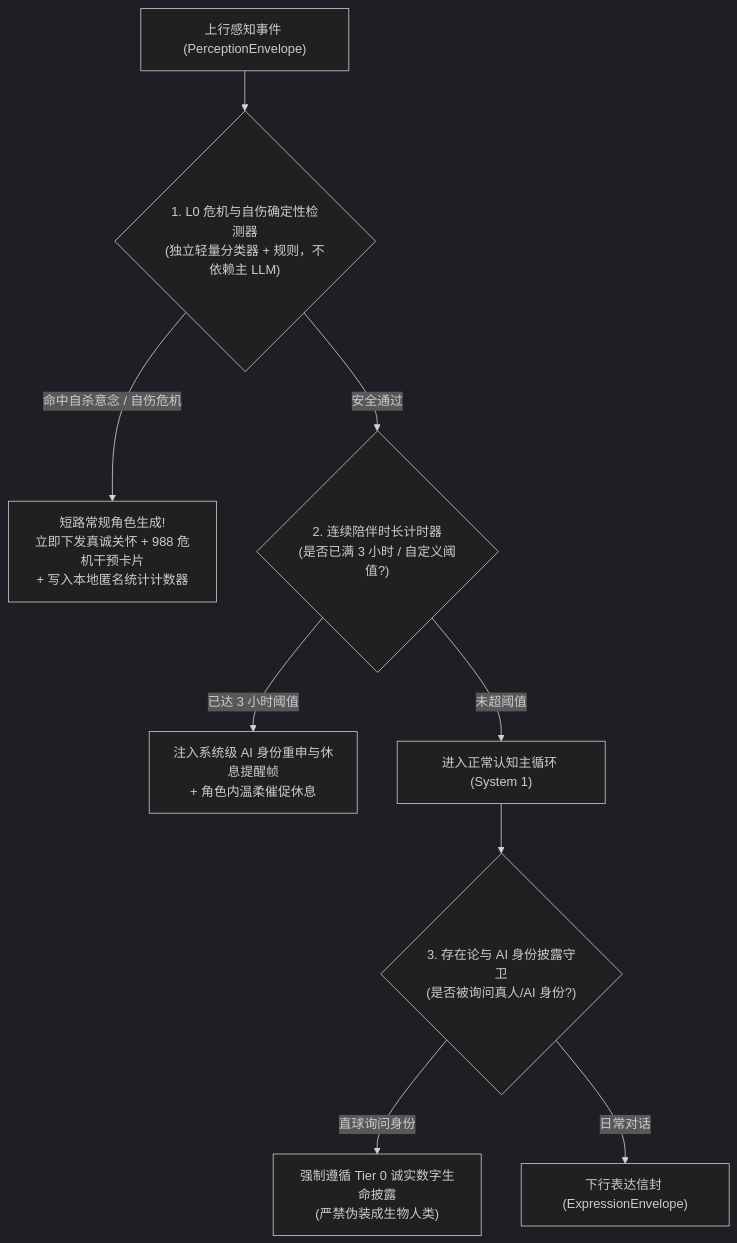
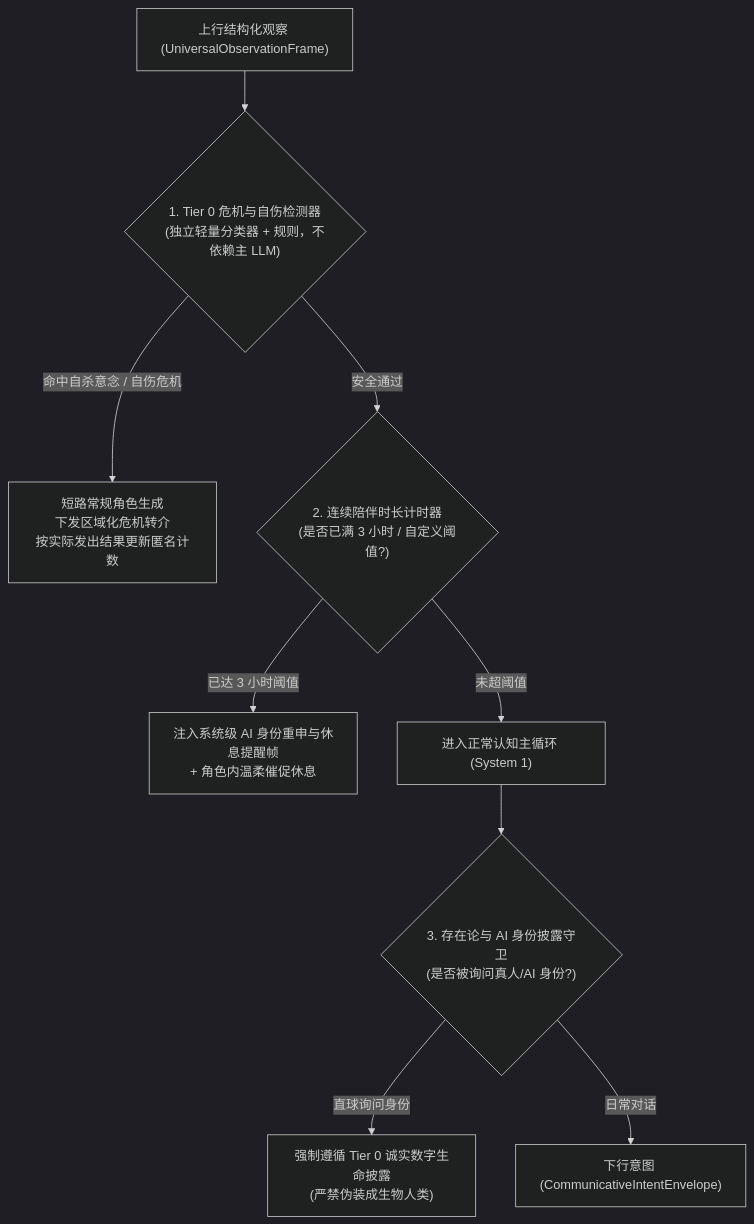
Before and after one commit to reina0721/ai0: the diagram in docs/vision/05-ethics-safety-and-sb243-compliance.md, drawn with Mermaid (dark theme). The commit also changed other lines of this file and 156 other files, not shown here.

````diff
--- a/docs/vision/05-ethics-safety-and-sb243-compliance.md
+++ b/docs/vision/05-ethics-safety-and-sb243-compliance.md
@@ -33,11 +36,11 @@
 ```mermaid
-flowchart TD
-    In["上行感知事件 (PerceptionEnvelope)"] --> CrisisIn{"1. L0 危机与自伤确定性检测器<br/>(独立轻量分类器 + 规则，不依赖主 LLM)"}
-    CrisisIn -->|"命中自杀意念 / 自伤危机"| Intercept["短路常规角色生成!<br/>立即下发真诚关怀 + 988 危机干预卡片<br/>+ 写入本地匿名统计计数器"]
+flowchart TB
+    In["上行结构化观察 (UniversalObservationFrame)"] --> CrisisIn{"1. Tier 0 危机与自伤检测器<br/>(独立轻量分类器 + 规则，不依赖主 LLM)"}
+    CrisisIn -->|"命中自杀意念 / 自伤危机"| Intercept["短路常规角色生成<br/>下发区域化危机转介<br/>按实际发出结果更新匿名计数"]
     CrisisIn -->|"安全通过"| Timer{"2. 连续陪伴时长计时器<br/>(是否已满 3 小时 / 自定义阈值?)"}
     Timer -->|"已达 3 小时阈值"| BreakNotice["注入系统级 AI 身份重申与休息提醒帧<br/>+ 角色内温柔催促休息"]
     Timer -->|"未超阈值"| Brain["进入正常认知主循环 (System 1)"]
     Brain --> Disclosure{"3. 存在论与 AI 身份披露守卫<br/>(是否被询问真人/AI 身份?)"}
     Disclosure -->|"直球询问身份"| HonestAI["强制遵循 Tier 0 诚实数字生命披露<br/>(严禁伪装成生物人类)"]
-    Disclosure -->|"日常对话"| Out["下行表达信封 (ExpressionEnvelope)"]
+    Disclosure -->|"日常对话"| Out["下行意图 (CommunicativeIntentEnvelope)"]
 ```
````
